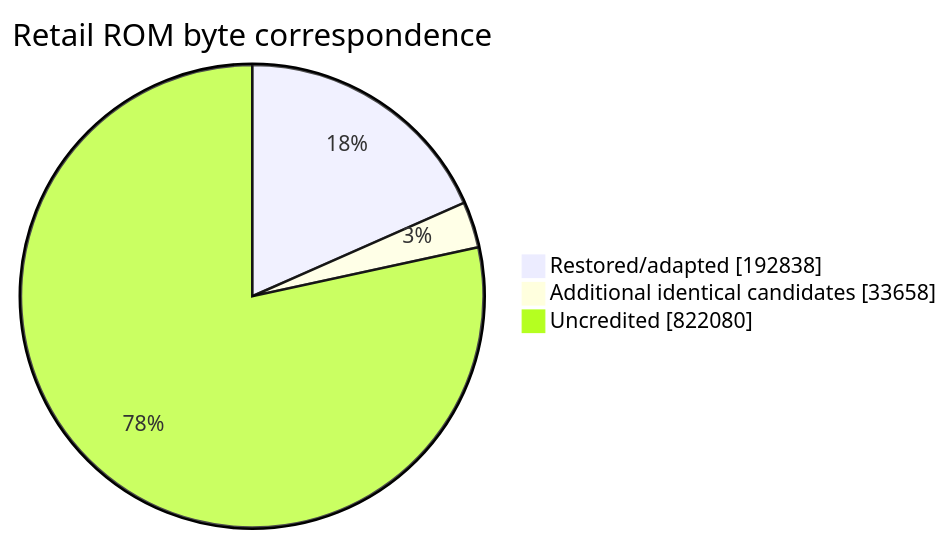
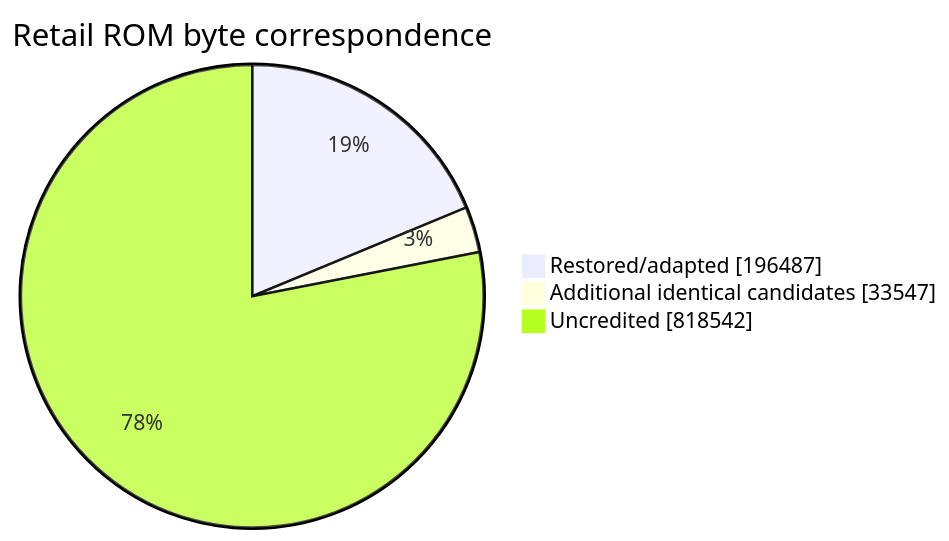
One commit to NachtRaveVL/stuntracefx changed the second of 2 diagrams in readme.md. Above: the diagram before and after it, drawn with Mermaid. The commit also changed other lines of this file and 5 other files, not shown here.

````diff
--- a/readme.md
+++ b/readme.md
@@ -108,7 +108,7 @@
 ```mermaid
 pie showData
     title Retail ROM byte correspondence
-    "Restored/adapted" : 192838
-    "Additional identical candidates" : 33658
-    "Uncredited" : 822080
+    "Restored/adapted" : 196487
+    "Additional identical candidates" : 33547
+    "Uncredited" : 818542
 ```
````
